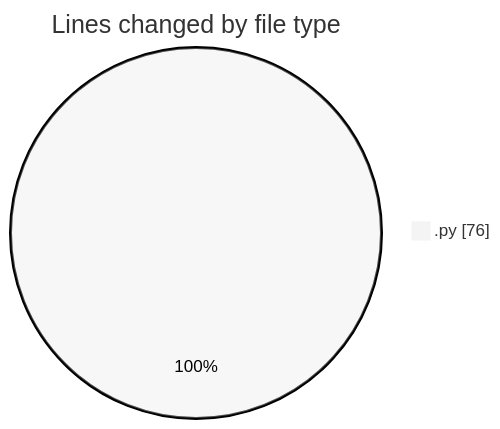
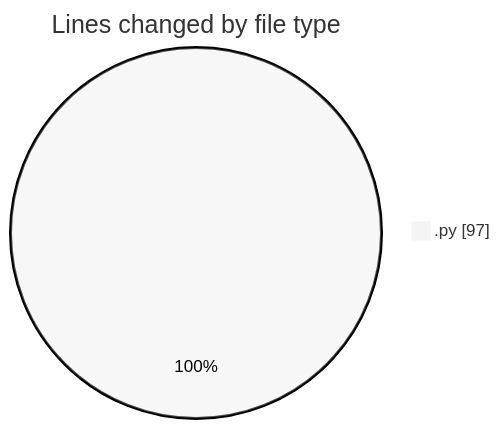
One commit to jrari/code-tracking changed the first of 2 diagrams in 2025-07-15/telebot/README.md. Above: the diagram before and after it, drawn with Mermaid (neutral theme). The commit also changed other lines of this file and 1 other file, not shown here.

````diff
--- a/2025-07-15/telebot/README.md
+++ b/2025-07-15/telebot/README.md
@@ -20,5 +20,5 @@
 ```mermaid
 pie showData
 title Lines changed by file type
-".py" : 76
+".py" : 97
 ```
````
